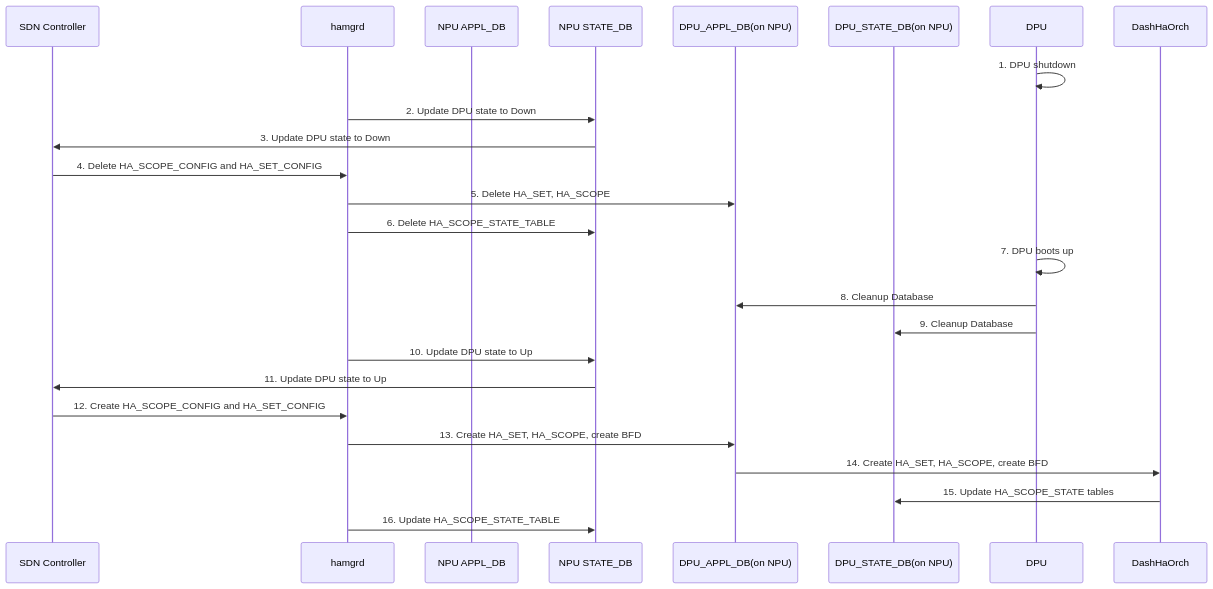
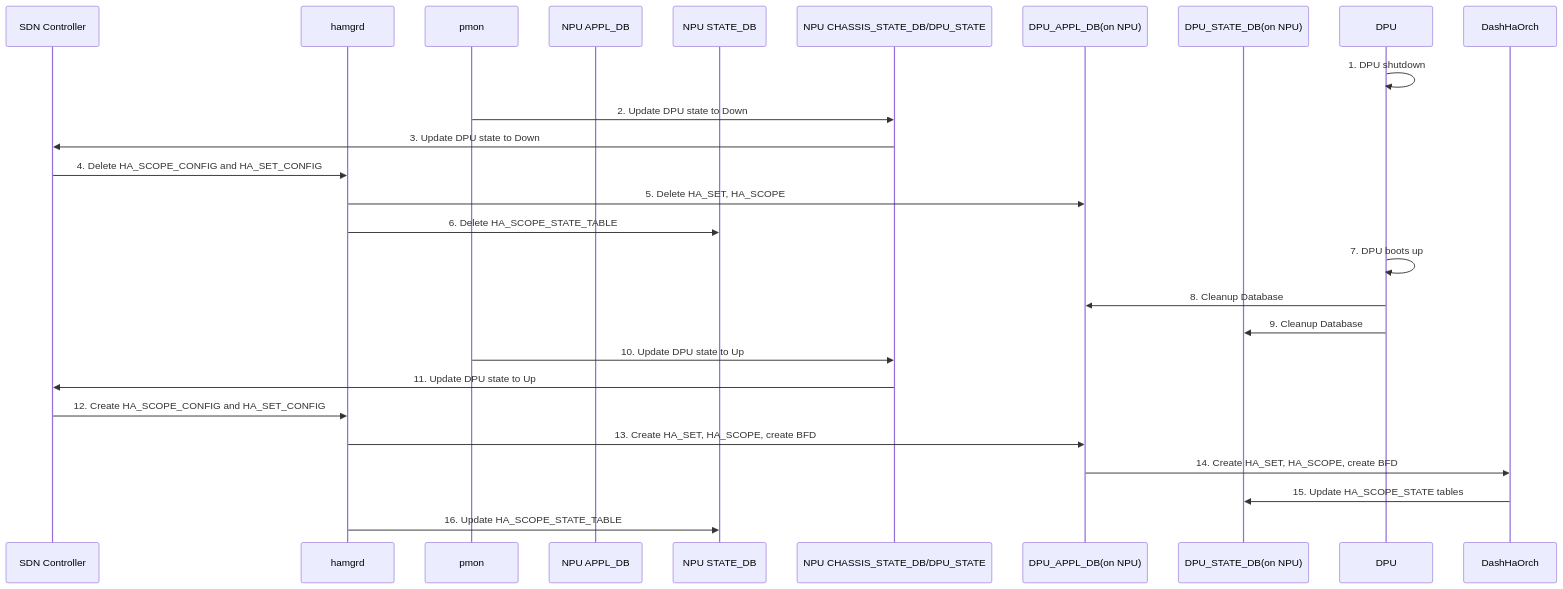
Before and after one commit to sonic-net/SONiC: the diagram in doc/smart-switch/high-availability/dpu_reboot.md, drawn with Mermaid. The commit also changed other lines of this file, not shown here.

````diff
--- a/doc/smart-switch/high-availability/dpu_reboot.md
+++ b/doc/smart-switch/high-availability/dpu_reboot.md
@@ -18,31 +21,33 @@
 ```mermaid
 sequenceDiagram
     participant SDN Controller
     participant hamgrd
+    participant pmon
     participant NPU APPL_DB
     participant NPU STATE_DB
+    participant NPU CHASSIS_STATE_DB/DPU_STATE
     participant DPU_APPL_DB(on NPU)
     participant DPU_STATE_DB(on NPU)
     participant DPU
     participant DashHaOrch
 
     DPU->>DPU: 1. DPU shutdown
-    hamgrd->>NPU STATE_DB: 2. Update DPU state to Down
-    NPU STATE_DB->>SDN Controller: 3. Update DPU state to Down
+    pmon->>NPU CHASSIS_STATE_DB/DPU_STATE: 2. Update DPU state to Down
+    NPU CHASSIS_STATE_DB/DPU_STATE->>SDN Controller: 3. Update DPU state to Down
     SDN Controller->>hamgrd: 4. Delete HA_SCOPE_CONFIG and HA_SET_CONFIG
     hamgrd->>DPU_APPL_DB(on NPU): 5. Delete HA_SET, HA_SCOPE
     hamgrd->>NPU STATE_DB: 6. Delete HA_SCOPE_STATE_TABLE
     
     DPU->>DPU: 7. DPU boots up 
     DPU->>DPU_APPL_DB(on NPU): 8. Cleanup Database
     DPU->>DPU_STATE_DB(on NPU): 9. Cleanup Database
 
-    hamgrd->>NPU STATE_DB: 10. Update DPU state to Up
-    NPU STATE_DB->>SDN Controller: 11. Update DPU state to Up
+    pmon->>NPU CHASSIS_STATE_DB/DPU_STATE: 10. Update DPU state to Up
+    NPU CHASSIS_STATE_DB/DPU_STATE->>SDN Controller: 11. Update DPU state to Up
 
     SDN Controller->>hamgrd: 12. Create HA_SCOPE_CONFIG and HA_SET_CONFIG
     hamgrd->>DPU_APPL_DB(on NPU): 13. Create HA_SET, HA_SCOPE, create BFD
     DPU_APPL_DB(on NPU)->>DashHaOrch: 14. Create HA_SET, HA_SCOPE, create BFD
     DashHaOrch->>DPU_STATE_DB(on NPU): 15. Update HA_SCOPE_STATE tables
     hamgrd->>NPU STATE_DB: 16. Update HA_SCOPE_STATE_TABLE
 ```
````
